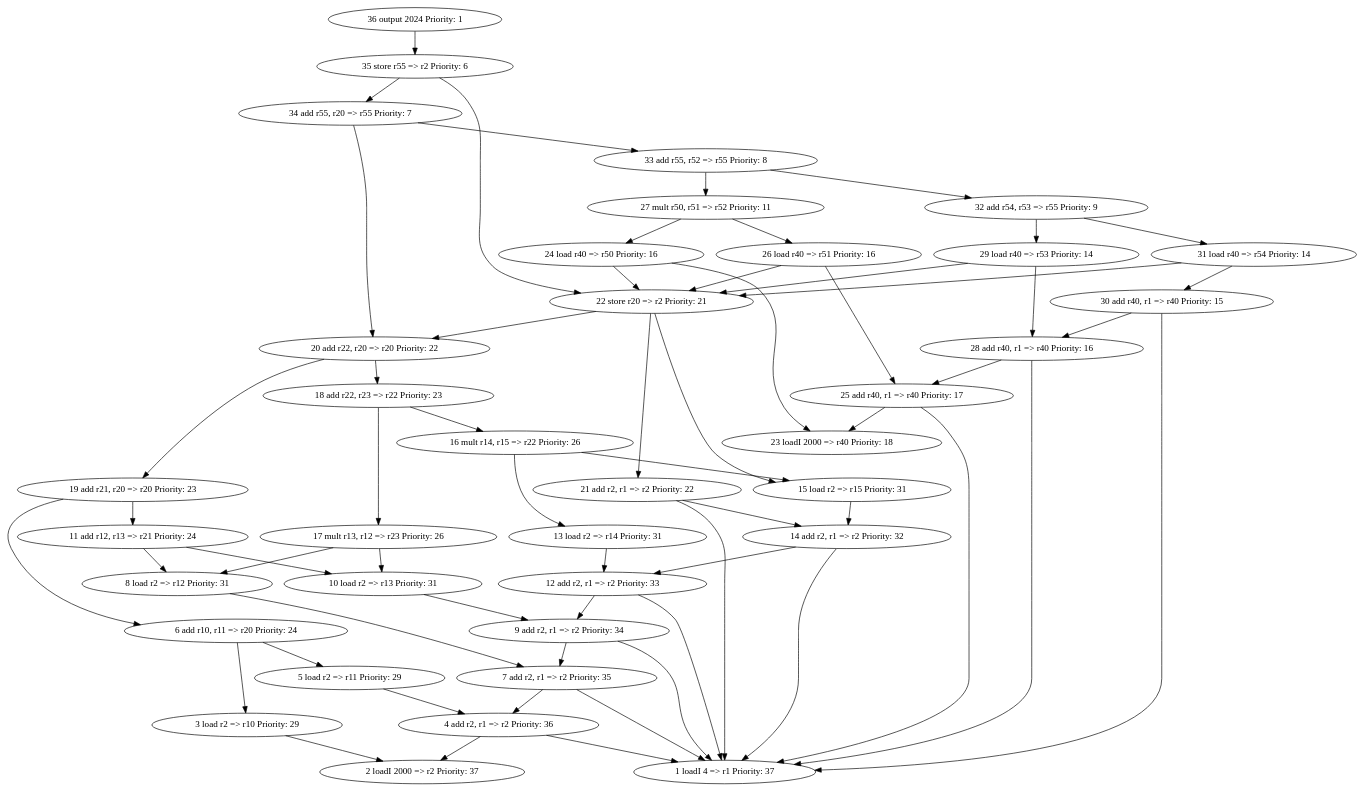
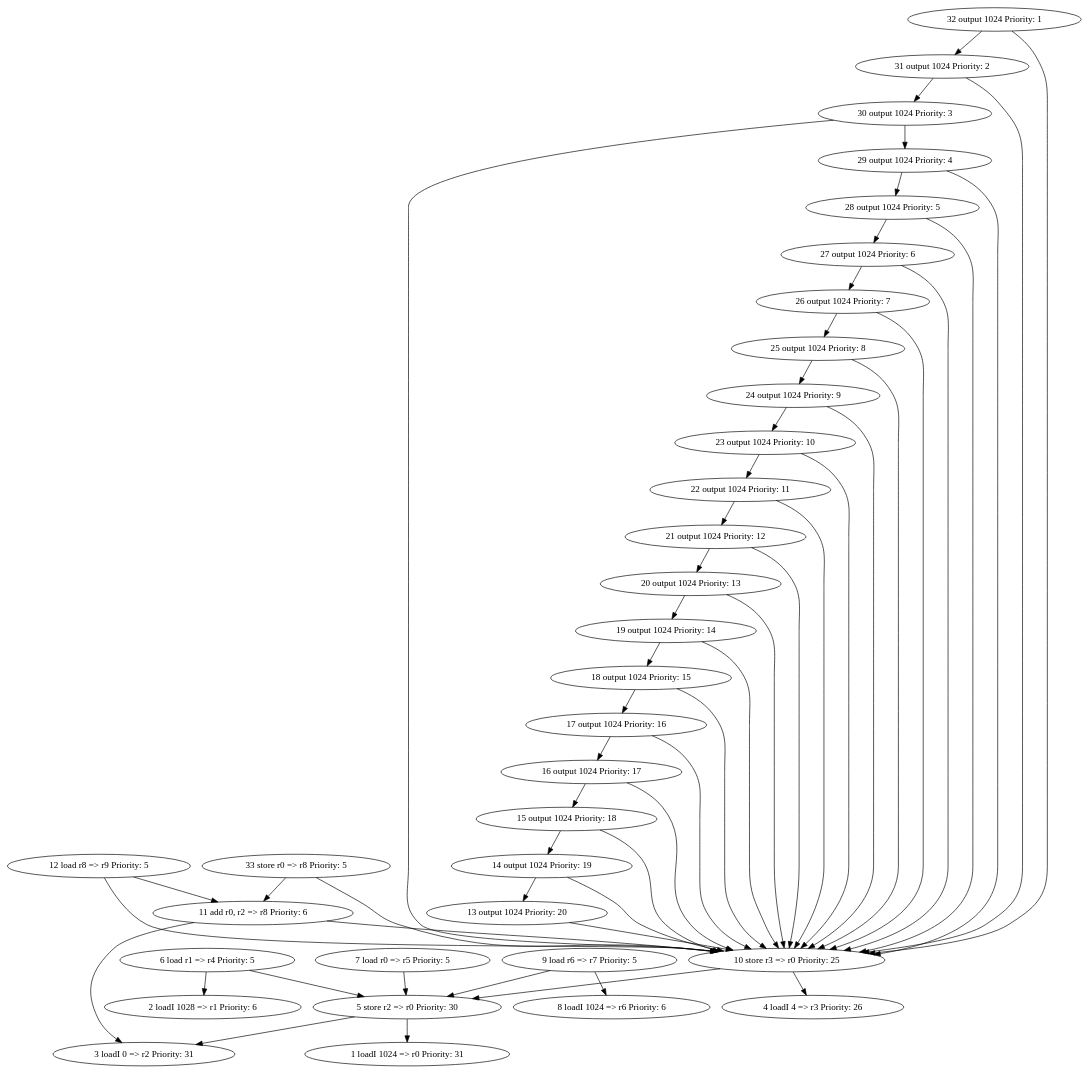
Before and after one commit to martinzc/instruction-scheduling: the diagram in src/graph.dot, drawn with Graphviz. The commit also changed 3 other files, not shown here.

```diff
--- a/src/graph.dot
+++ b/src/graph.dot
@@ -1,98 +1,89 @@
 digraph g {
-    33 [label="33 add r55, r52 => r55 Priority: 8"];
-    32 [label="32 add r54, r53 => r55 Priority: 9"];
-    34 [label="34 add r55, r20 => r55 Priority: 7"];
-    3 [label="3 load r2 => r10 Priority: 29"];
-    4 [label="4 add r2, r1 => r2 Priority: 36"];
-    5 [label="5 load r2 => r11 Priority: 29"];
-    1 [label="1 loadI 4 => r1 Priority: 37"];
-    7 [label="7 add r2, r1 => r2 Priority: 35"];
-    6 [label="6 add r10, r11 => r20 Priority: 24"];
-    2 [label="2 loadI 2000 => r2 Priority: 37"];
-    9 [label="9 add r2, r1 => r2 Priority: 34"];
-    10 [label="10 load r2 => r13 Priority: 31"];
-    12 [label="12 add r2, r1 => r2 Priority: 33"];
-    11 [label="11 add r12, r13 => r21 Priority: 24"];
-    13 [label="13 load r2 => r14 Priority: 31"];
-    14 [label="14 add r2, r1 => r2 Priority: 32"];
-    15 [label="15 load r2 => r15 Priority: 31"];
-    17 [label="17 mult r13, r12 => r23 Priority: 26"];
-    16 [label="16 mult r14, r15 => r22 Priority: 26"];
-    8 [label="8 load r2 => r12 Priority: 31"];
-    18 [label="18 add r22, r23 => r22 Priority: 23"];
-    19 [label="19 add r21, r20 => r20 Priority: 23"];
-    35 [label="35 store r55 => r2 Priority: 6"];
-    20 [label="20 add r22, r20 => r20 Priority: 22"];
-    21 [label="21 add r2, r1 => r2 Priority: 22"];
-    22 [label="22 store r20 => r2 Priority: 21"];
-    23 [label="23 loadI 2000 => r40 Priority: 18"];
-    24 [label="24 load r40 => r50 Priority: 16"];
-    25 [label="25 add r40, r1 => r40 Priority: 17"];
-    36 [label="36 output 2024 Priority: 1"];
-    26 [label="26 load r40 => r51 Priority: 16"];
-    28 [label="28 add r40, r1 => r40 Priority: 16"];
-    27 [label="27 mult r50, r51 => r52 Priority: 11"];
-    29 [label="29 load r40 => r53 Priority: 14"];
-    30 [label="30 add r40, r1 => r40 Priority: 15"];
-    31 [label="31 load r40 => r54 Priority: 14"];
-    33->27;
-    33->32;
+    32 [label="32 output 1024 Priority: 1"];
+    33 [label="33 store r0 => r8 Priority: 5"];
+    3 [label="3 loadI 0 => r2 Priority: 31"];
+    4 [label="4 loadI 4 => r3 Priority: 26"];
+    5 [label="5 store r2 => r0 Priority: 30"];
+    6 [label="6 load r1 => r4 Priority: 5"];
+    1 [label="1 loadI 1024 => r0 Priority: 31"];
+    7 [label="7 load r0 => r5 Priority: 5"];
+    2 [label="2 loadI 1028 => r1 Priority: 6"];
+    9 [label="9 load r6 => r7 Priority: 5"];
+    10 [label="10 store r3 => r0 Priority: 25"];
+    11 [label="11 add r0, r2 => r8 Priority: 6"];
+    12 [label="12 load r8 => r9 Priority: 5"];
+    13 [label="13 output 1024 Priority: 20"];
+    14 [label="14 output 1024 Priority: 19"];
+    15 [label="15 output 1024 Priority: 18"];
+    16 [label="16 output 1024 Priority: 17"];
+    17 [label="17 output 1024 Priority: 16"];
+    8 [label="8 loadI 1024 => r6 Priority: 6"];
+    18 [label="18 output 1024 Priority: 15"];
+    19 [label="19 output 1024 Priority: 14"];
+    20 [label="20 output 1024 Priority: 13"];
+    21 [label="21 output 1024 Priority: 12"];
+    22 [label="22 output 1024 Priority: 11"];
+    23 [label="23 output 1024 Priority: 10"];
+    24 [label="24 output 1024 Priority: 9"];
+    25 [label="25 output 1024 Priority: 8"];
+    26 [label="26 output 1024 Priority: 7"];
+    27 [label="27 output 1024 Priority: 6"];
+    28 [label="28 output 1024 Priority: 5"];
+    29 [label="29 output 1024 Priority: 4"];
+    30 [label="30 output 1024 Priority: 3"];
+    31 [label="31 output 1024 Priority: 2"];
+    32->10;
     32->31;
-    32->29;
-    34->33;
-    34->20;
-    3->2;
-    4->2;
-    4->1;
-    5->4;
-    7->4;
-    7->1;
-    6->3;
+    33->10;
+    33->11;
+    5->1;
+    5->3;
+    6->2;
     6->5;
-    9->7;
-    9->1;
-    10->9;
-    12->1;
-    12->9;
-    11->8;
+    7->5;
+    9->8;
+    9->5;
+    10->4;
+    10->5;
     11->10;
-    13->12;
-    14->1;
-    14->12;
+    11->3;
+    12->10;
+    12->11;
+    13->10;
+    14->10;
+    14->13;
+    15->10;
     15->14;
+    16->10;
+    16->15;
     17->10;
-    17->8;
-    16->13;
-    16->15;
-    8->7;
+    17->16;
+    18->10;
     18->17;
-    18->16;
-    19->11;
-    19->6;
-    35->22;
-    35->34;
-    20->18;
+    19->10;
+    19->18;
+    20->10;
     20->19;
-    21->14;
-    21->1;
-    22->20;
+    21->10;
+    21->20;
+    22->10;
     22->21;
-    22->15;
-    24->22;
+    23->10;
+    23->22;
+    24->10;
     24->23;
-    25->1;
-    25->23;
-    36->35;
-    26->22;
+    25->10;
+    25->24;
+    26->10;
     26->25;
-    28->1;
-    28->25;
-    27->24;
+    27->10;
     27->26;
-    29->22;
+    28->10;
+    28->27;
+    29->10;
     29->28;
-    30->1;
-    30->28;
-    31->22;
+    30->10;
+    30->29;
+    31->10;
     31->30;
 }
```
